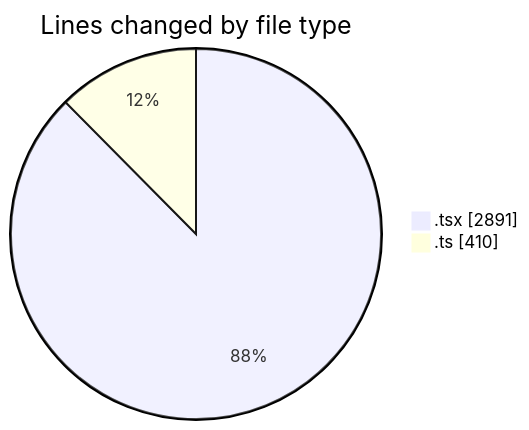
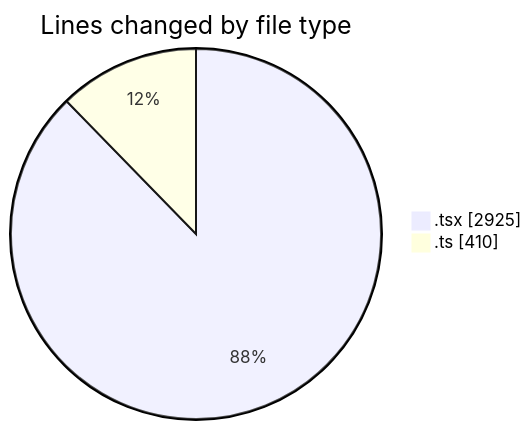
One commit to robertbonfada/code-tracking changed the first of 2 diagrams in 2025-03-07/mbc-web/README.md. Above: the diagram before and after it, drawn with Mermaid. The commit also changed other lines of this file and 1 other file, not shown here.

````diff
--- a/2025-03-07/mbc-web/README.md
+++ b/2025-03-07/mbc-web/README.md
@@ -28,6 +29,6 @@
 ```mermaid
 pie showData
 title Lines changed by file type
-".tsx" : 2891
+".tsx" : 2925
 ".ts" : 410
 ```
````
